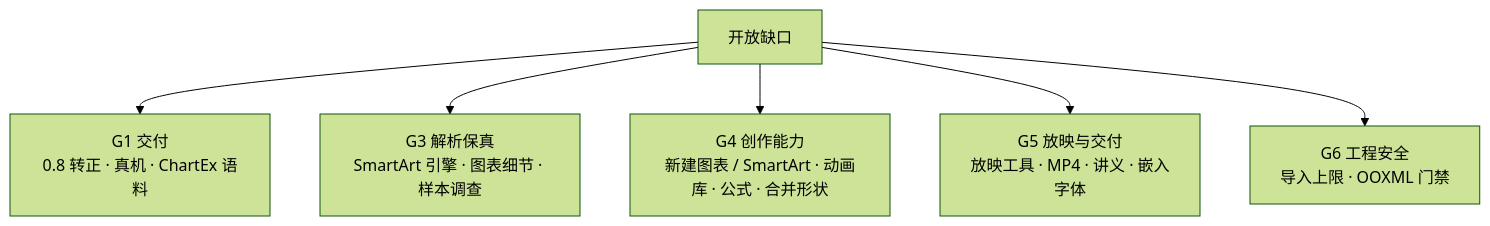
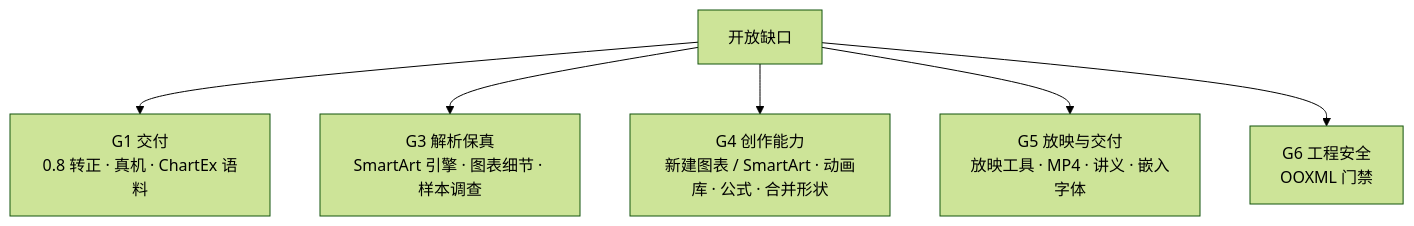
One commit to unStone/web-ppt changed the first of 4 diagrams in docs/roadmap.md. Above: the diagram before and after it, drawn with Mermaid (forest theme). The commit also changed other lines of this file and 50 other files, not shown here.

````diff
--- a/docs/roadmap.md
+++ b/docs/roadmap.md
@@ -151,8 +151,8 @@
 ```mermaid
 flowchart TD
     G["开放缺口"] --> A["G1 交付<br/>0.8 转正 · 真机 · ChartEx 语料"]
     G --> C["G3 解析保真<br/>SmartArt 引擎 · 图表细节 · 样本调查"]
     G --> D["G4 创作能力<br/>新建图表 / SmartArt · 动画库 · 公式 · 合并形状"]
     G --> E["G5 放映与交付<br/>放映工具 · MP4 · 讲义 · 嵌入字体"]
-    G --> F["G6 工程安全<br/>导入上限 · OOXML 门禁"]
+    G --> F["G6 工程安全<br/>OOXML 门禁"]
 ```
````
